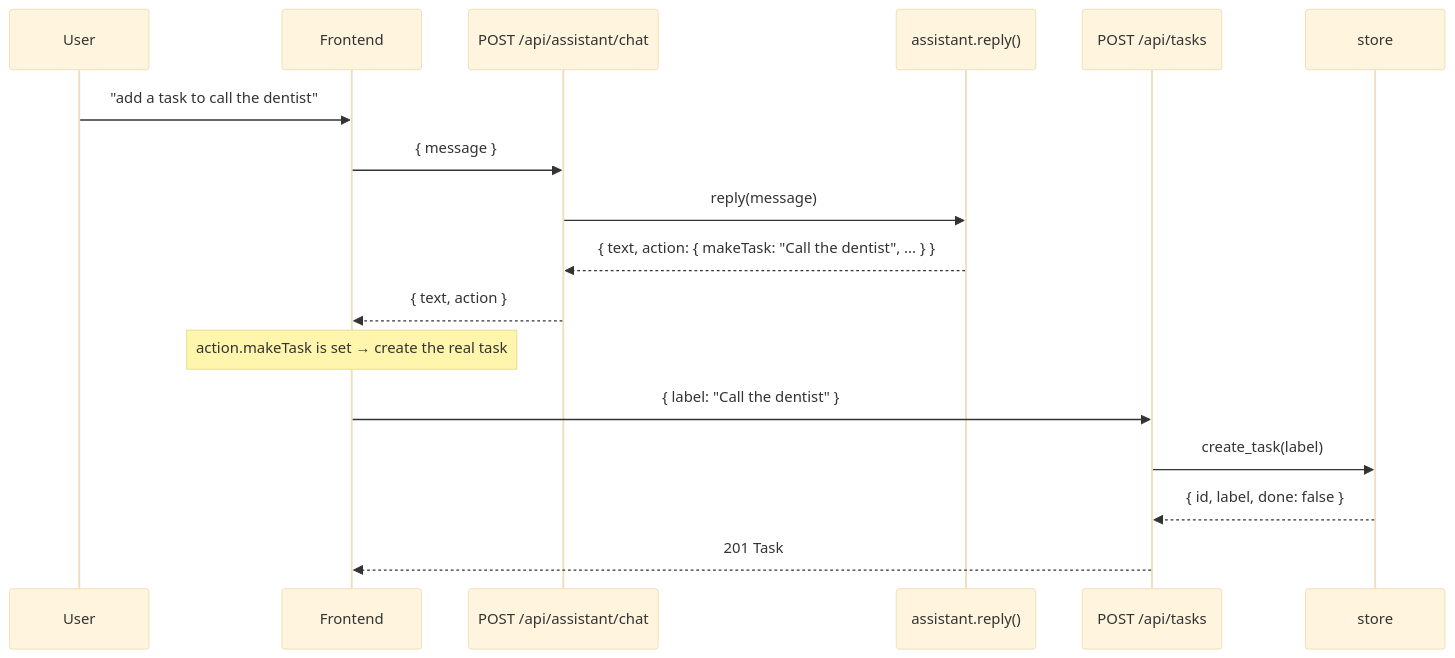
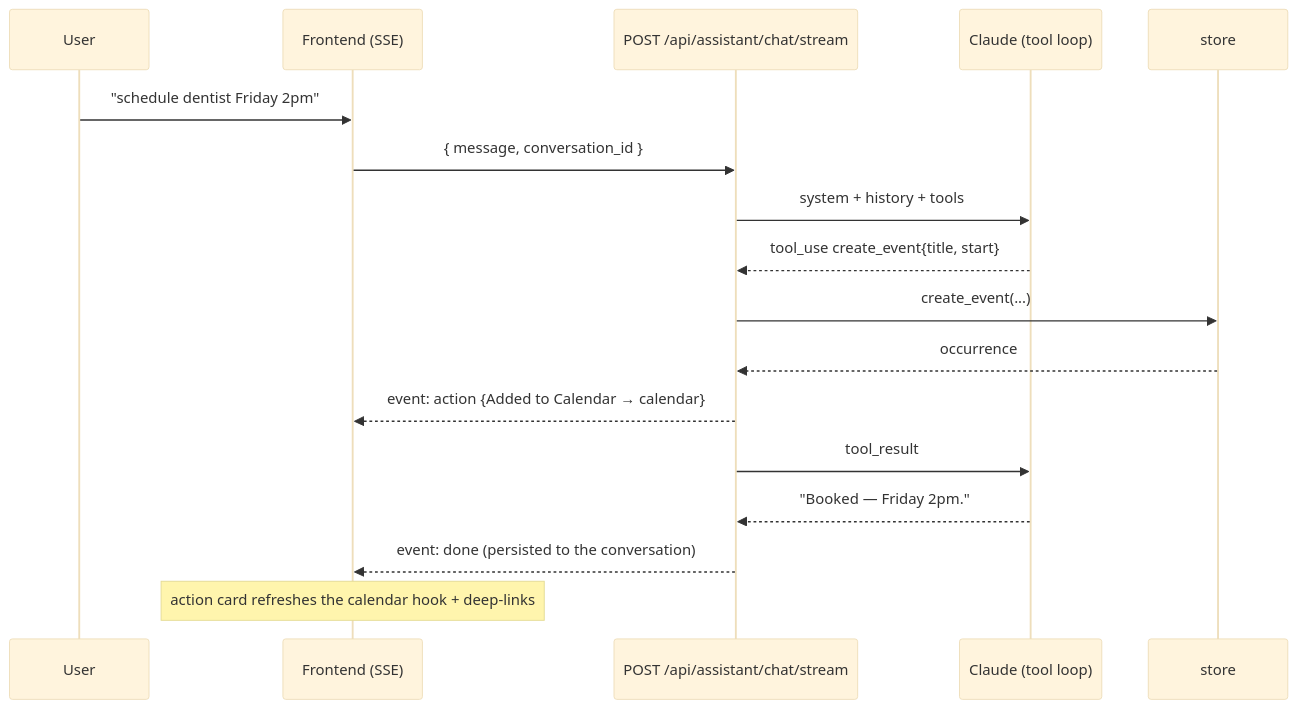
The third of 3 diagrams in docs/backend-overview.md (daschempp/ScuffedOS), drawn with Mermaid (base theme) before and after one commit. The commit also changed other lines of this file and 56 other files, not shown here.

````diff
--- a/docs/backend-overview.md
+++ b/docs/backend-overview.md
@@ -123,20 +125,20 @@
 ```mermaid
 sequenceDiagram
     participant U as User
-    participant FE as Frontend
-    participant A as POST /api/assistant/chat
-    participant AE as assistant.reply()
-    participant T as POST /api/tasks
+    participant FE as Frontend (SSE)
+    participant A as POST /api/assistant/chat/stream
+    participant L as Claude (tool loop)
     participant S as store
 
-    U->>FE: "add a task to call the dentist"
-    FE->>A: { message }
-    A->>AE: reply(message)
-    AE-->>A: { text, action: { makeTask: "Call the dentist", ... } }
-    A-->>FE: { text, action }
-    Note over FE: action.makeTask is set → create the real task
-    FE->>T: { label: "Call the dentist" }
-    T->>S: create_task(label)
-    S-->>T: { id, label, done: false }
-    T-->>FE: 201 Task
+    U->>FE: "schedule dentist Friday 2pm"
+    FE->>A: { message, conversation_id }
+    A->>L: system + history + tools
+    L-->>A: tool_use create_event{title, start}
+    A->>S: create_event(...)
+    S-->>A: occurrence
+    A-->>FE: event: action {Added to Calendar → calendar}
+    A->>L: tool_result
+    L-->>A: "Booked — Friday 2pm."
+    A-->>FE: event: done (persisted to the conversation)
+    Note over FE: action card refreshes the calendar hook + deep-links
 ```
````
